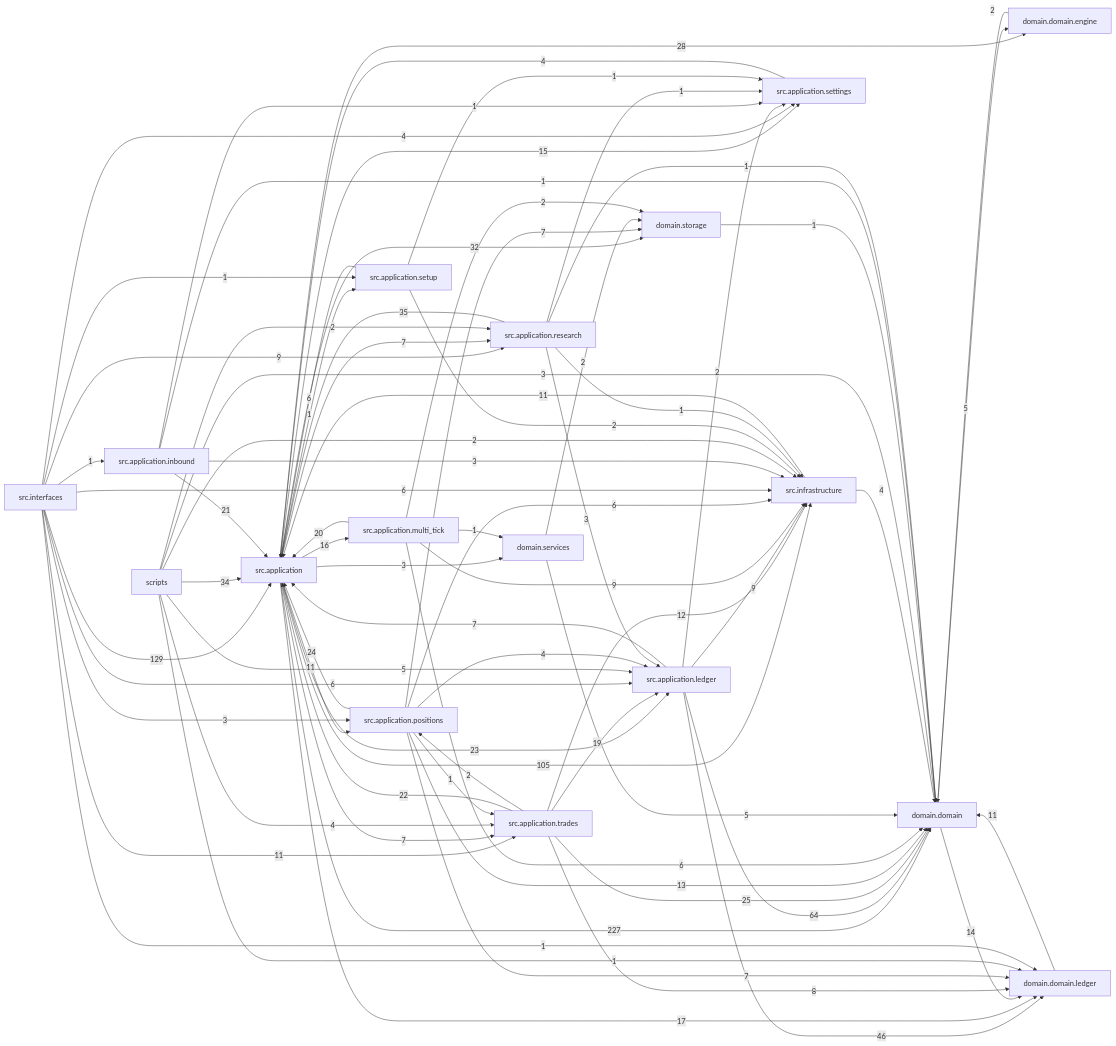
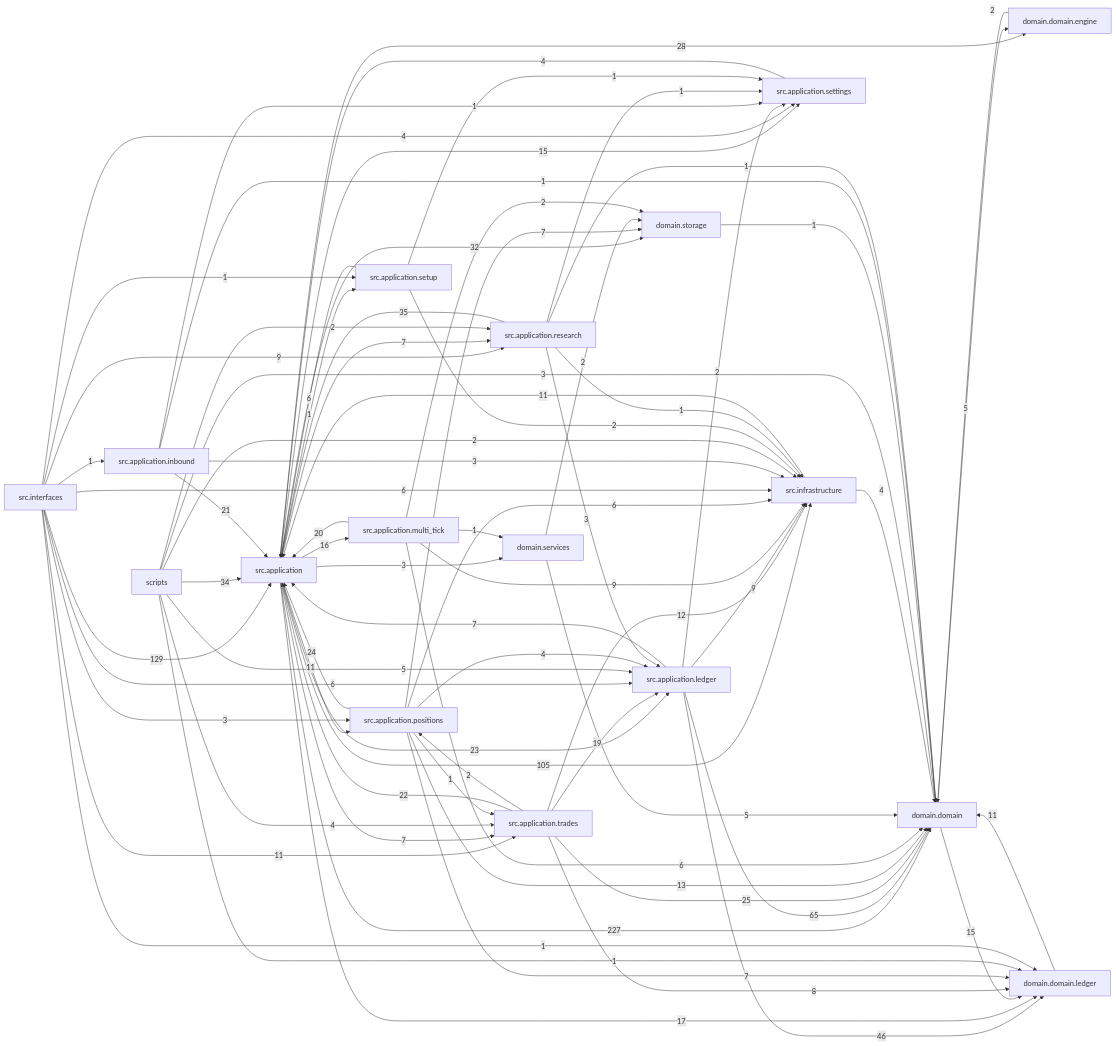
The diagram in docs/dependency_graph.mmd (liuxie066/options-monitor), drawn with Mermaid before and after one commit. The commit also changed 20 other files, not shown here.

```diff
--- a/docs/dependency_graph.mmd
+++ b/docs/dependency_graph.mmd
@@ -1,76 +1,76 @@
 flowchart LR
   src_application["src.application"] -->|227| domain_domain["domain.domain"]
   src_interfaces["src.interfaces"] -->|129| src_application["src.application"]
   src_application["src.application"] -->|105| src_infrastructure["src.infrastructure"]
-  src_application_ledger["src.application.ledger"] -->|64| domain_domain["domain.domain"]
+  src_application_ledger["src.application.ledger"] -->|65| domain_domain["domain.domain"]
   src_application_ledger["src.application.ledger"] -->|46| domain_domain_ledger["domain.domain.ledger"]
   src_application_research["src.application.research"] -->|35| src_application["src.application"]
   scripts["scripts"] -->|34| src_application["src.application"]
   src_application["src.application"] -->|32| domain_storage["domain.storage"]
   src_application["src.application"] -->|28| domain_domain_engine["domain.domain.engine"]
   src_application_trades["src.application.trades"] -->|25| domain_domain["domain.domain"]
   src_application_positions["src.application.positions"] -->|24| src_application["src.application"]
   src_application["src.application"] -->|23| src_application_ledger["src.application.ledger"]
   src_application_trades["src.application.trades"] -->|22| src_application["src.application"]
   src_application_inbound["src.application.inbound"] -->|21| src_application["src.application"]
   src_application_multi_tick["src.application.multi_tick"] -->|20| src_application["src.application"]
   src_application_trades["src.application.trades"] -->|19| src_application_ledger["src.application.ledger"]
   src_application["src.application"] -->|17| domain_domain_ledger["domain.domain.ledger"]
   src_application["src.application"] -->|16| src_application_multi_tick["src.application.multi_tick"]
+  domain_domain["domain.domain"] -->|15| domain_domain_ledger["domain.domain.ledger"]
   src_application["src.application"] -->|15| src_application_settings["src.application.settings"]
-  domain_domain["domain.domain"] -->|14| domain_domain_ledger["domain.domain.ledger"]
   src_application_positions["src.application.positions"] -->|13| domain_domain["domain.domain"]
   src_application_trades["src.application.trades"] -->|12| src_infrastructure["src.infrastructure"]
   domain_domain_ledger["domain.domain.ledger"] -->|11| domain_domain["domain.domain"]
   src_application["src.application"] -->|11| src_application_positions["src.application.positions"]
   src_infrastructure["src.infrastructure"] -->|11| src_application["src.application"]
   src_interfaces["src.interfaces"] -->|11| src_application_trades["src.application.trades"]
   src_application_ledger["src.application.ledger"] -->|9| src_infrastructure["src.infrastructure"]
   src_application_multi_tick["src.application.multi_tick"] -->|9| src_infrastructure["src.infrastructure"]
   src_interfaces["src.interfaces"] -->|9| src_application_research["src.application.research"]
   src_application_trades["src.application.trades"] -->|8| domain_domain_ledger["domain.domain.ledger"]
   src_application["src.application"] -->|7| src_application_research["src.application.research"]
   src_application["src.application"] -->|7| src_application_trades["src.application.trades"]
   src_application_ledger["src.application.ledger"] -->|7| src_application["src.application"]
   src_application_positions["src.application.positions"] -->|7| domain_domain_ledger["domain.domain.ledger"]
   src_application_positions["src.application.positions"] -->|7| domain_storage["domain.storage"]
   src_application_multi_tick["src.application.multi_tick"] -->|6| domain_domain["domain.domain"]
   src_application_positions["src.application.positions"] -->|6| src_infrastructure["src.infrastructure"]
   src_application_setup["src.application.setup"] -->|6| src_application["src.application"]
   src_interfaces["src.interfaces"] -->|6| src_application_ledger["src.application.ledger"]
   src_interfaces["src.interfaces"] -->|6| src_infrastructure["src.infrastructure"]
   domain_domain["domain.domain"] -->|5| domain_domain_engine["domain.domain.engine"]
   domain_services["domain.services"] -->|5| domain_domain["domain.domain"]
   scripts["scripts"] -->|5| src_application_ledger["src.application.ledger"]
   scripts["scripts"] -->|4| src_application_trades["src.application.trades"]
   src_application_positions["src.application.positions"] -->|4| src_application_ledger["src.application.ledger"]
   src_application_settings["src.application.settings"] -->|4| src_application["src.application"]
   src_infrastructure["src.infrastructure"] -->|4| domain_domain["domain.domain"]
   src_interfaces["src.interfaces"] -->|4| src_application_settings["src.application.settings"]
   scripts["scripts"] -->|3| domain_domain["domain.domain"]
   src_application["src.application"] -->|3| domain_services["domain.services"]
   src_application_inbound["src.application.inbound"] -->|3| src_infrastructure["src.infrastructure"]
   src_application_research["src.application.research"] -->|3| src_application_ledger["src.application.ledger"]
   src_interfaces["src.interfaces"] -->|3| src_application_positions["src.application.positions"]
   domain_domain_engine["domain.domain.engine"] -->|2| domain_domain["domain.domain"]
   domain_services["domain.services"] -->|2| domain_storage["domain.storage"]
   scripts["scripts"] -->|2| src_application_research["src.application.research"]
   scripts["scripts"] -->|2| src_infrastructure["src.infrastructure"]
   src_application_ledger["src.application.ledger"] -->|2| src_application_settings["src.application.settings"]
   src_application_multi_tick["src.application.multi_tick"] -->|2| domain_storage["domain.storage"]
   src_application_setup["src.application.setup"] -->|2| src_infrastructure["src.infrastructure"]
   src_application_trades["src.application.trades"] -->|2| src_application_positions["src.application.positions"]
   domain_storage["domain.storage"] -->|1| domain_domain["domain.domain"]
   scripts["scripts"] -->|1| domain_domain_ledger["domain.domain.ledger"]
   src_application["src.application"] -->|1| src_application_setup["src.application.setup"]
   src_application_inbound["src.application.inbound"] -->|1| domain_domain["domain.domain"]
   src_application_inbound["src.application.inbound"] -->|1| src_application_settings["src.application.settings"]
   src_application_multi_tick["src.application.multi_tick"] -->|1| domain_services["domain.services"]
   src_application_positions["src.application.positions"] -->|1| src_application_trades["src.application.trades"]
   src_application_research["src.application.research"] -->|1| domain_domain["domain.domain"]
   src_application_research["src.application.research"] -->|1| src_application_settings["src.application.settings"]
   src_application_research["src.application.research"] -->|1| src_infrastructure["src.infrastructure"]
   src_application_setup["src.application.setup"] -->|1| src_application_settings["src.application.settings"]
   src_interfaces["src.interfaces"] -->|1| domain_domain_ledger["domain.domain.ledger"]
   src_interfaces["src.interfaces"] -->|1| src_application_inbound["src.application.inbound"]
   src_interfaces["src.interfaces"] -->|1| src_application_setup["src.application.setup"]
```
